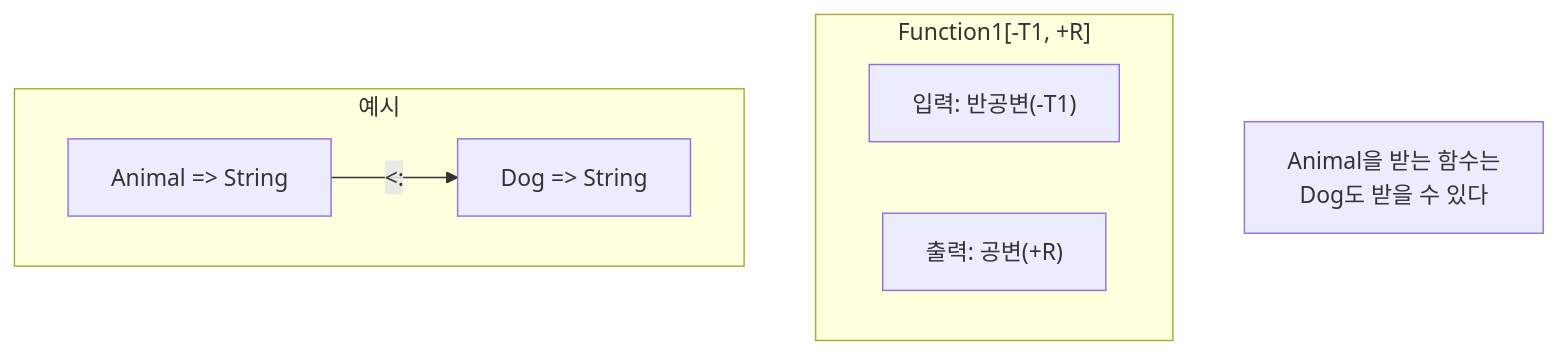
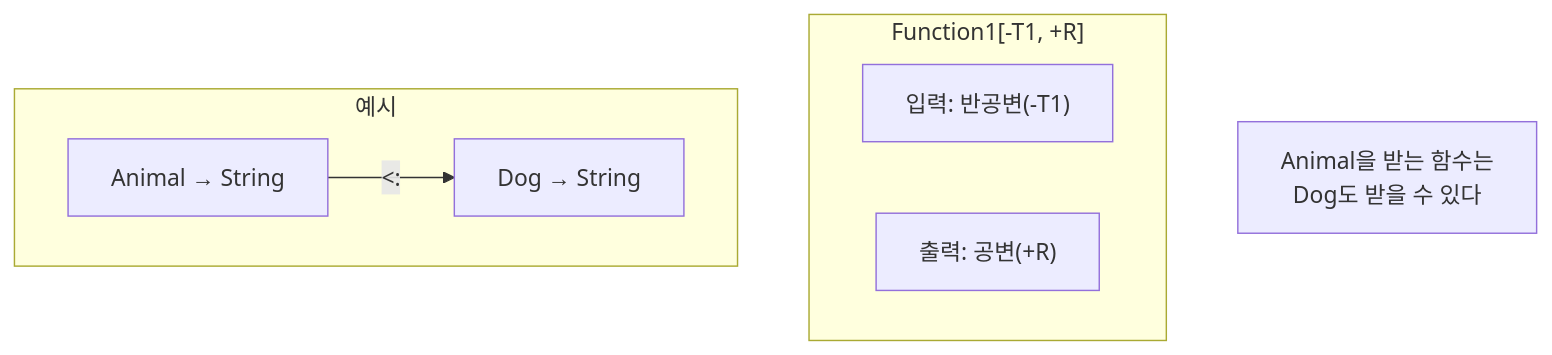
One commit to advanced-beginner/advanced-beginner.github.io changed the second of 2 diagrams in content/ko/scala/concepts/variance.md. Above: the diagram before and after it, drawn with Mermaid. The commit also changed other lines of this file and 59 other files, not shown here.

First line of the commit message:
fix: Mermaid 다이어그램 문법 오류 수정

````diff
--- a/content/ko/scala/concepts/variance.md
+++ b/content/ko/scala/concepts/variance.md
@@ -145,16 +145,16 @@
 ```mermaid
 graph TB
     subgraph "Function1[-T1, +R]"
         direction LR
         Input["입력: 반공변(-T1)"]
         Output["출력: 공변(+R)"]
     end
 
     subgraph "예시"
-        F1["Animal => String"]
-        F2["Dog => String"]
+        F1["Animal → String"]
+        F2["Dog → String"]
         F1 -->|"<:"| F2
     end
 
-    Note["Animal을 받는 함수는<br/>Dog도 받을 수 있다"]
+    Note["Animal을 받는 함수는<br>Dog도 받을 수 있다"]
 ```
````
